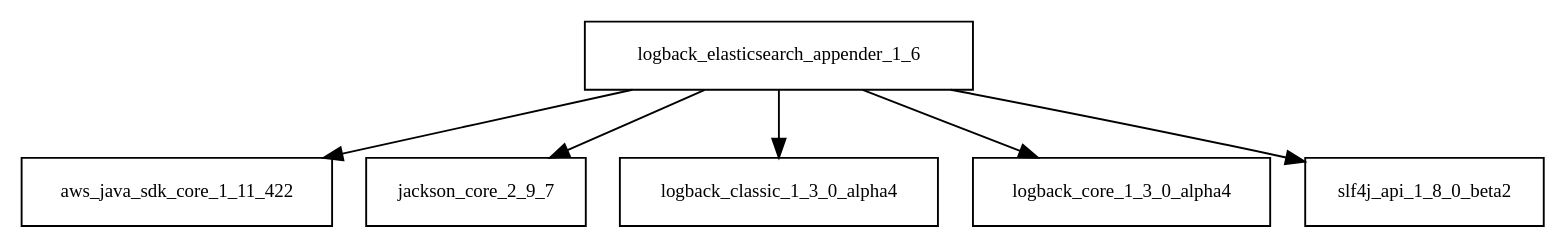
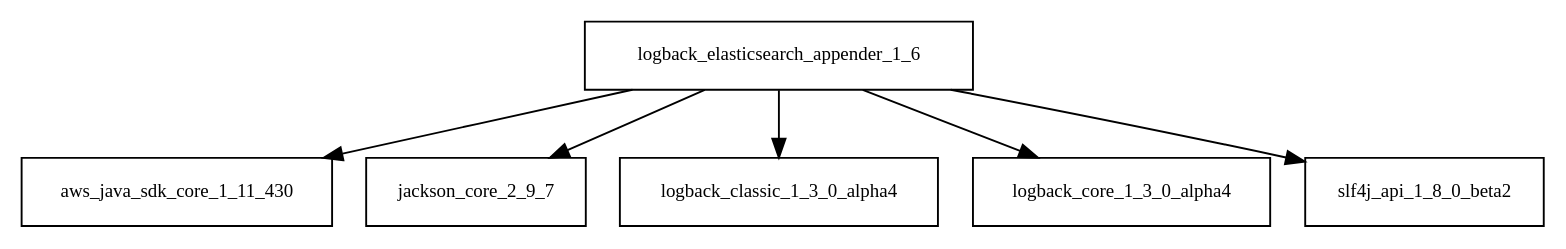
One commit to Hack23/cia changed the diagram in tattleTaleReport/graphviz/logback-elasticsearch-appender-1.6.jar/logback-elasticsearch-appender-1.6.jar.dot. Above: the diagram before and after it, drawn with Graphviz. The commit also changed 2494 other files, not shown here.

```diff
--- a/tattleTaleReport/graphviz/logback-elasticsearch-appender-1.6.jar/logback-elasticsearch-appender-1.6.jar.dot
+++ b/tattleTaleReport/graphviz/logback-elasticsearch-appender-1.6.jar/logback-elasticsearch-appender-1.6.jar.dot
@@ -1,8 +1,8 @@
 digraph logback_elasticsearch_appender_1_6_dependencies {
   node [shape = box, fontsize=10.0];
-  logback_elasticsearch_appender_1_6 -> aws_java_sdk_core_1_11_422;
+  logback_elasticsearch_appender_1_6 -> aws_java_sdk_core_1_11_430;
   logback_elasticsearch_appender_1_6 -> jackson_core_2_9_7;
   logback_elasticsearch_appender_1_6 -> logback_classic_1_3_0_alpha4;
   logback_elasticsearch_appender_1_6 -> logback_core_1_3_0_alpha4;
   logback_elasticsearch_appender_1_6 -> slf4j_api_1_8_0_beta2;
 }
```
